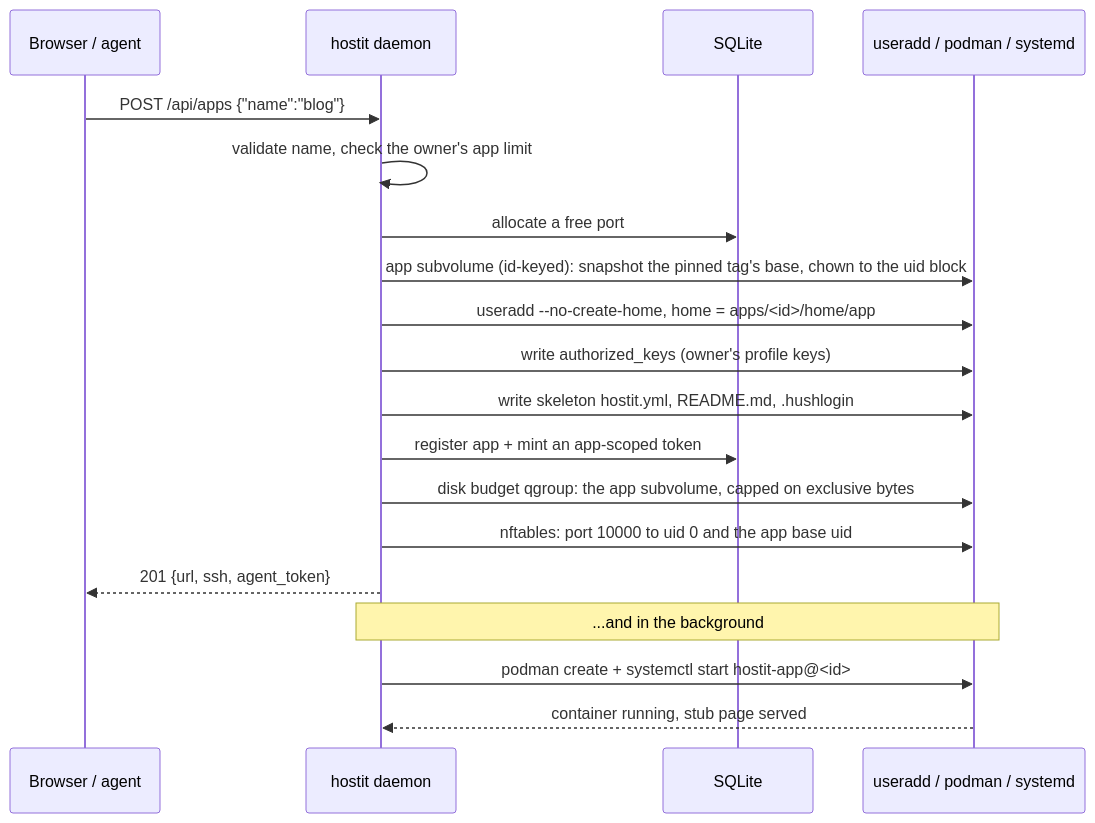
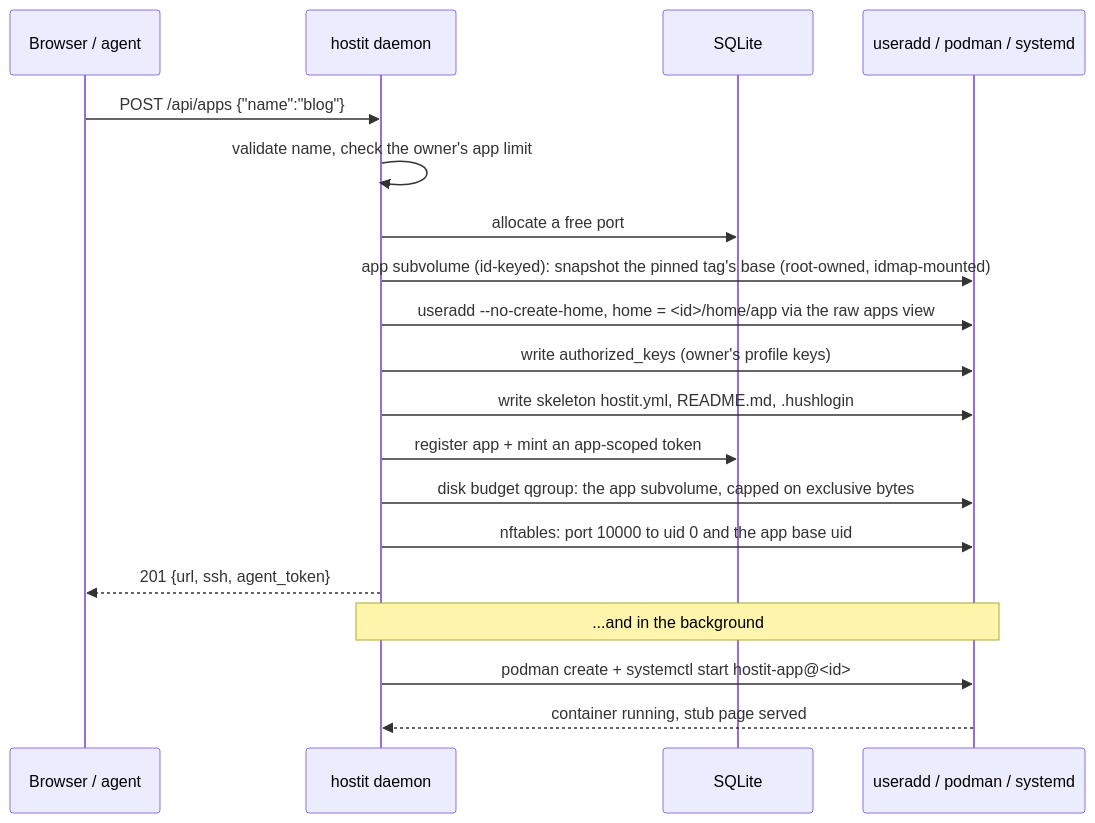
The second of 5 diagrams in docs/architecture/flows.md (binwiederhier/hostit), drawn with Mermaid before and after one commit. The commit also changed other lines of this file and 14 other files, not shown here.

````diff
--- a/docs/architecture/flows.md
+++ b/docs/architecture/flows.md
@@ -52,23 +59,23 @@
 ```mermaid
 sequenceDiagram
     participant U as Browser / agent
     participant D as hostit daemon
     participant S as SQLite
     participant OS as useradd / podman / systemd
 
     U->>D: POST /api/apps {"name":"blog"}
     D->>D: validate name, check the owner's app limit
     D->>S: allocate a free port
-    D->>OS: app subvolume (id-keyed): snapshot the pinned tag's base, chown to the uid block
-    D->>OS: useradd --no-create-home, home = apps/<id>/home/app
+    D->>OS: app subvolume (id-keyed): snapshot the pinned tag's base (root-owned, idmap-mounted)
+    D->>OS: useradd --no-create-home, home = <id>/home/app via the raw apps view
     D->>OS: write authorized_keys (owner's profile keys)
     D->>OS: write skeleton hostit.yml, README.md, .hushlogin
     D->>S: register app + mint an app-scoped token
     D->>OS: disk budget qgroup: the app subvolume, capped on exclusive bytes
     D->>OS: nftables: port 10000 to uid 0 and the app base uid
     D-->>U: 201 {url, ssh, agent_token}
 
     Note over D,OS: ...and in the background
     D->>OS: podman create + systemctl start hostit-app@<id>
     OS-->>D: container running, stub page served
 ```
````
